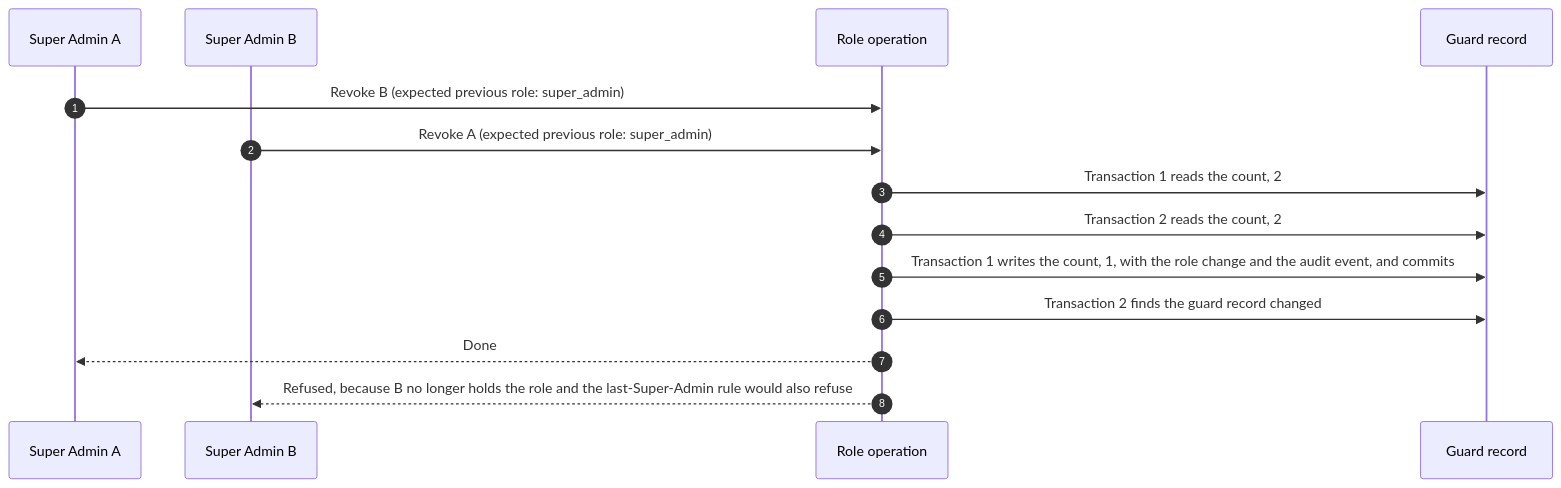
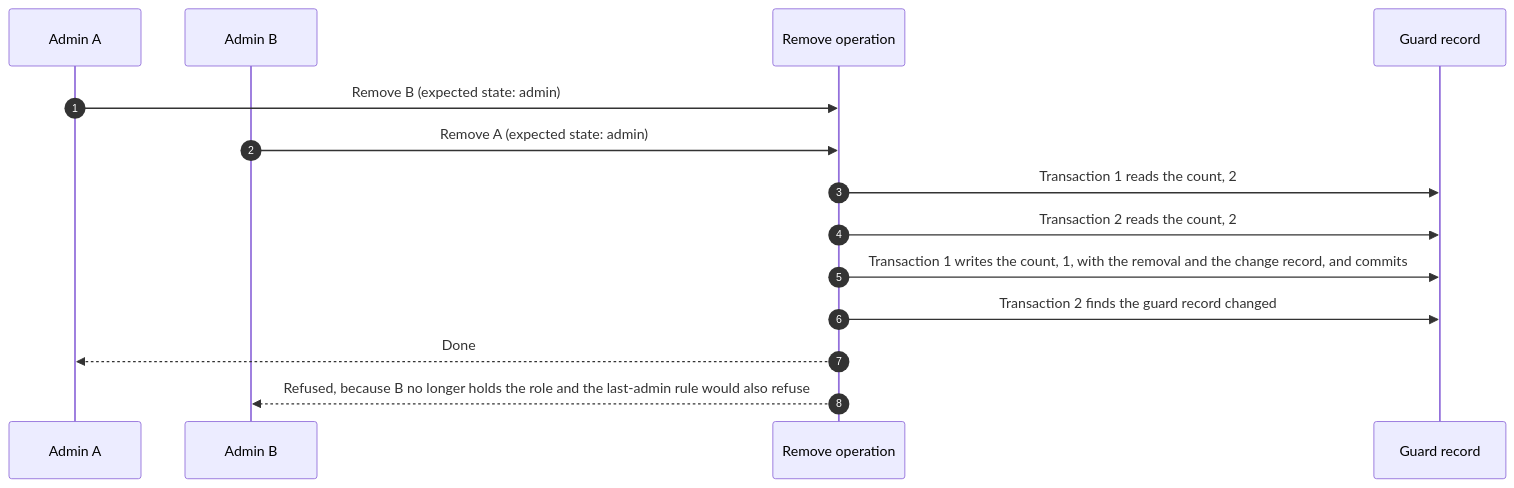
Before and after one commit to sanikaattarde/Metal-Forming-World-MFW-: the second of 2 diagrams in Documentation/SECURITY_AND_ACCESS_CONTROL.md, drawn with Mermaid. The commit also changed other lines of this file and 20 other files, not shown here.

````diff
--- a/Documentation/SECURITY_AND_ACCESS_CONTROL.md
+++ b/Documentation/SECURITY_AND_ACCESS_CONTROL.md
@@ -439,16 +440,16 @@
 ```mermaid
 sequenceDiagram
   autonumber
-  participant A as Super Admin A
-  participant B as Super Admin B
-  participant F as Role operation
+  participant A as Admin A
+  participant B as Admin B
+  participant F as Remove operation
   participant G as Guard record
-  A->>F: Revoke B (expected previous role: super_admin)
-  B->>F: Revoke A (expected previous role: super_admin)
+  A->>F: Remove B (expected state: admin)
+  B->>F: Remove A (expected state: admin)
   F->>G: Transaction 1 reads the count, 2
   F->>G: Transaction 2 reads the count, 2
-  F->>G: Transaction 1 writes the count, 1, with the role change and the audit event, and commits
+  F->>G: Transaction 1 writes the count, 1, with the removal and the change record, and commits
   F->>G: Transaction 2 finds the guard record changed
   F-->>A: Done
-  F-->>B: Refused, because B no longer holds the role and the last-Super-Admin rule would also refuse
+  F-->>B: Refused, because B no longer holds the role and the last-admin rule would also refuse
 ```
````
